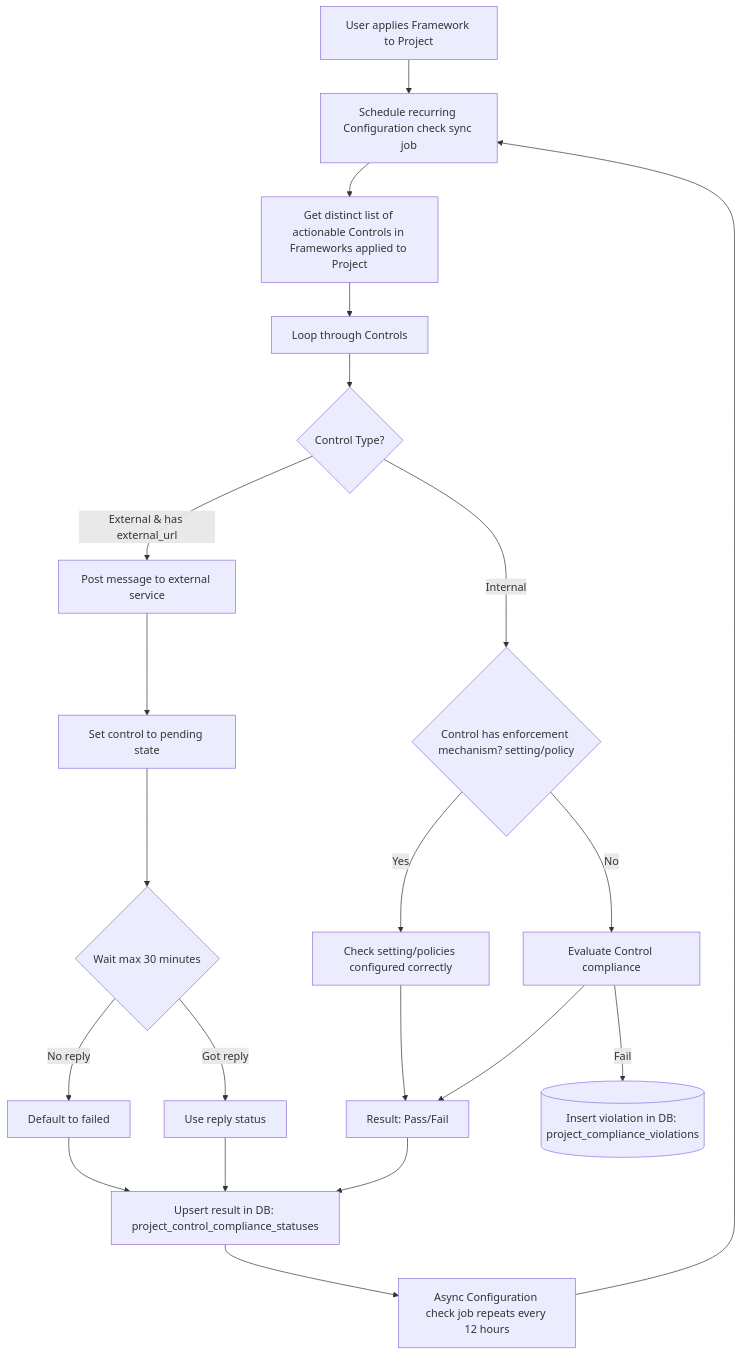
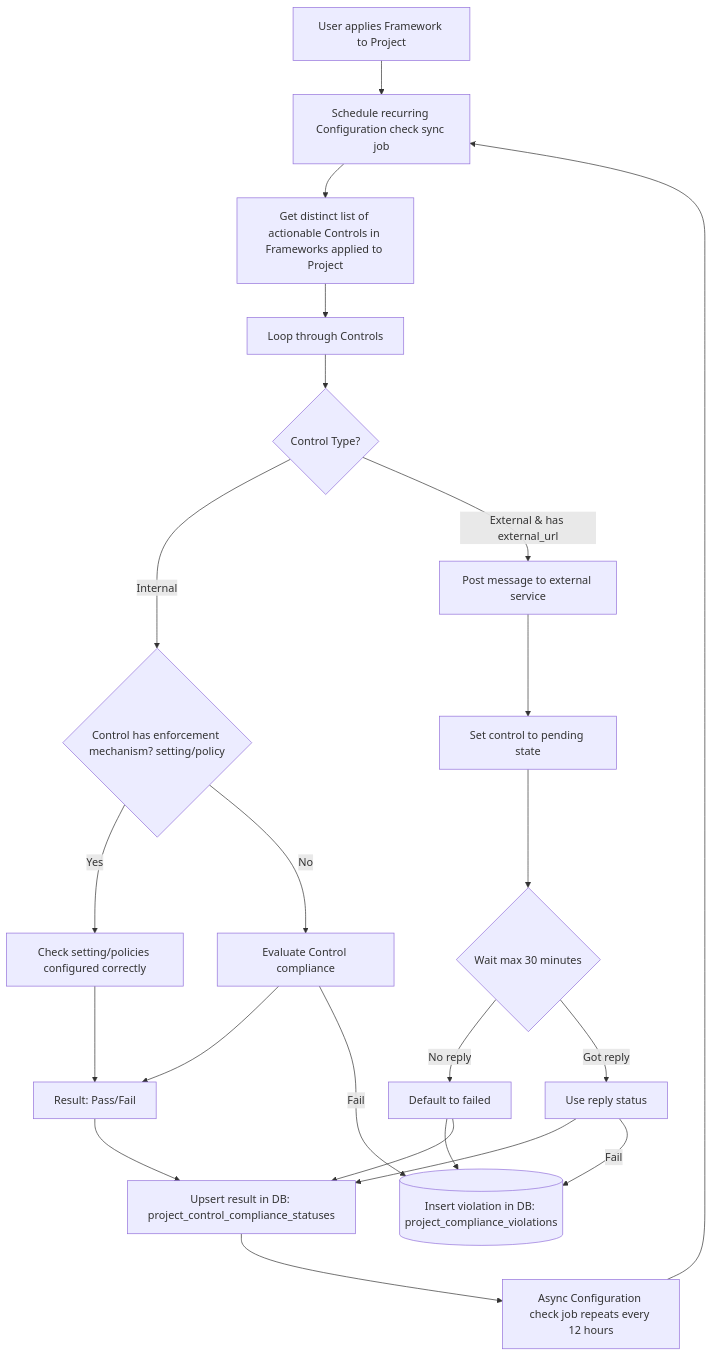
One commit to zalyoung/gitlab-handbook changed the third of 4 diagrams in content/handbook/engineering/architecture/design-documents/compliance-frameworks/_index.md. Above: the diagram before and after it, drawn with Mermaid.

Commit message:
Add violation logging for external controls in flowchart
The flowchart was missing the logging of violations for external
controls. We want to make sure we capture violations for external
controls.

````diff
--- a/content/handbook/engineering/architecture/design-documents/compliance-frameworks/_index.md
+++ b/content/handbook/engineering/architecture/design-documents/compliance-frameworks/_index.md
@@ -457,29 +457,31 @@
 ```mermaid
 flowchart TD
     F[User applies Framework to Project] --> G[Schedule recurring Configuration check sync job]
     G --> H[Get distinct list of actionable Controls in Frameworks applied to Project]
     H --> I[Loop through Controls]
 
     I --> TYPE{Control Type?}
     TYPE -- Internal --> J{Control has enforcement mechanism? setting/policy}
     TYPE -- External & has external_url --> EXT[Post message to external service]
 
     EXT --> PEND[Set control to pending state]
     PEND --> WAIT{Wait max 30 minutes}
     WAIT -->|No reply| FAIL[Default to failed]
+    FAIL --> S
     WAIT -->|Got reply| REPLY[Use reply status]
 
     FAIL --> Q
     REPLY --> Q
+    REPLY -->|Fail| S
 
     J -- Yes --> M[Check setting/policies configured correctly]
     J -- No --> N[Evaluate Control compliance]
 
     M --> O[Result: Pass/Fail]
     N --> O
     O --> Q[Upsert result in DB: project_control_compliance_statuses]
     N -- Fail --> S[Insert violation in DB: project_compliance_violations]@{ shape: cyl }
 
     Q --> T[Async Configuration check job repeats every 12 hours]
     T --> G
 ```
````
